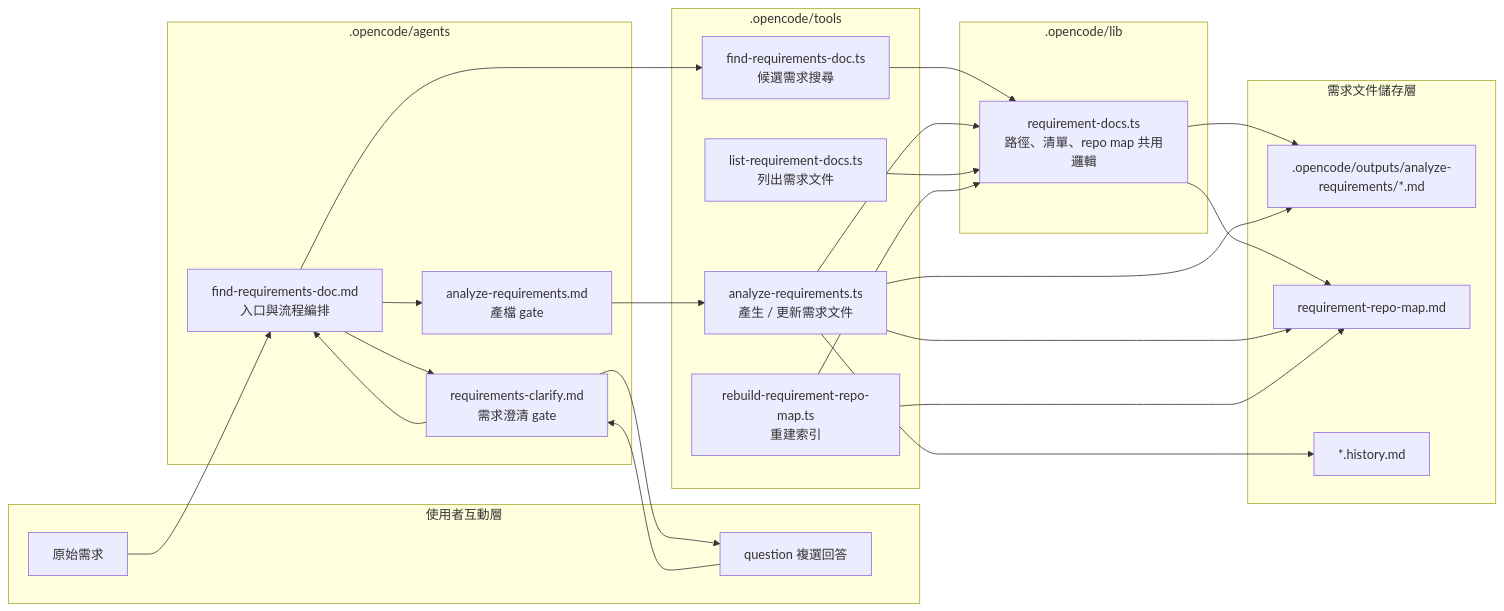
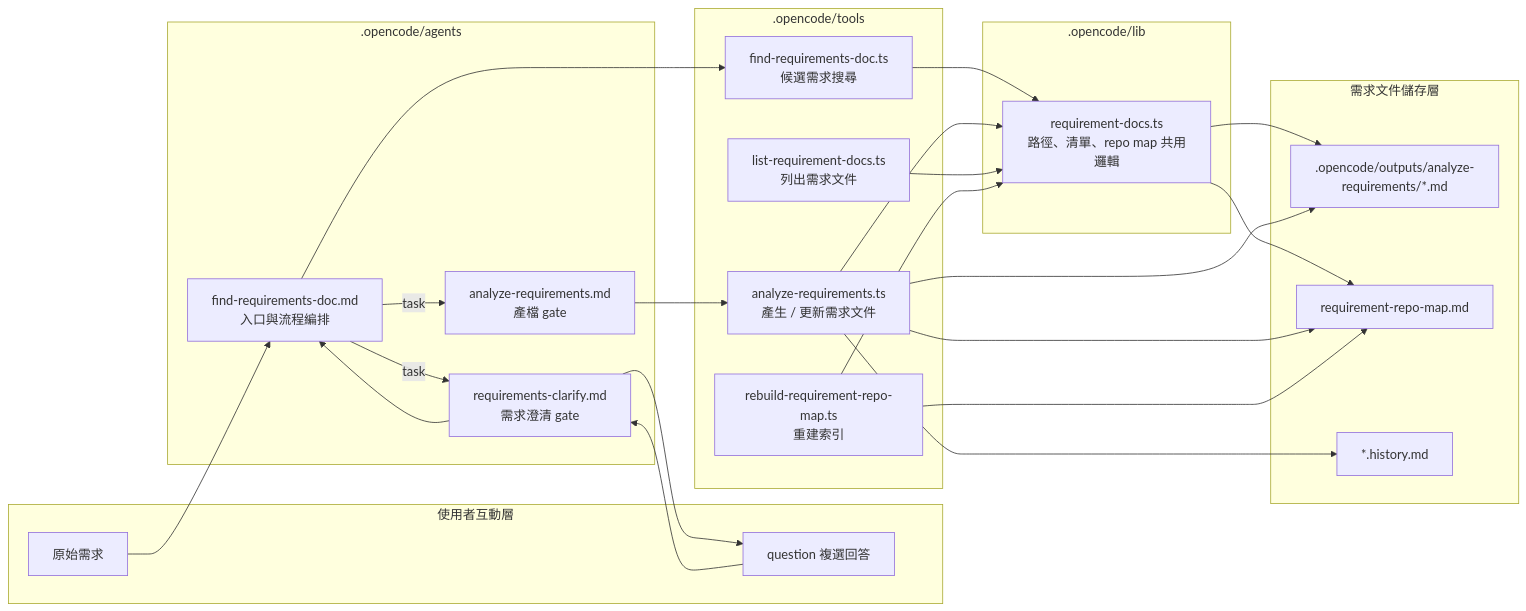
One commit to jason23452/SDD changed the second of 2 diagrams in FLOW_1.md. Above: the diagram before and after it, drawn with Mermaid. The commit also changed other lines of this file and 5 other files, not shown here.

````diff
--- a/FLOW_1.md
+++ b/FLOW_1.md
@@ -69,52 +69,52 @@
 ```mermaid
 flowchart LR
     subgraph User["使用者互動層"]
         U1["原始需求"]
         U2["question 複選回答"]
     end
 
     subgraph Agents[".opencode/agents"]
         A1["find-requirements-doc.md<br/>入口與流程編排"]
         A2["requirements-clarify.md<br/>需求澄清 gate"]
         A3["analyze-requirements.md<br/>產檔 gate"]
     end
 
     subgraph Tools[".opencode/tools"]
         T1["find-requirements-doc.ts<br/>候選需求搜尋"]
         T2["analyze-requirements.ts<br/>產生 / 更新需求文件"]
         T3["list-requirement-docs.ts<br/>列出需求文件"]
         T4["rebuild-requirement-repo-map.ts<br/>重建索引"]
     end
 
     subgraph Lib[".opencode/lib"]
         L1["requirement-docs.ts<br/>路徑、清單、repo map 共用邏輯"]
     end
 
     subgraph Storage["需求文件儲存層"]
         S1[".opencode/outputs/analyze-requirements/*.md"]
         S2["requirement-repo-map.md"]
         S3["*.history.md"]
     end
 
     U1 --> A1
     A1 --> T1
     T1 --> L1
     L1 --> S1
     L1 --> S2
 
-    A1 --> A2
+    A1 -->|task| A2
     A2 --> U2
     U2 --> A2
     A2 --> A1
 
-    A1 --> A3
+    A1 -->|task| A3
     A3 --> T2
     T2 --> L1
     T2 --> S1
     T2 --> S2
     T2 --> S3
 
     T3 --> L1
     T4 --> L1
     T4 --> S2
 ```
````
